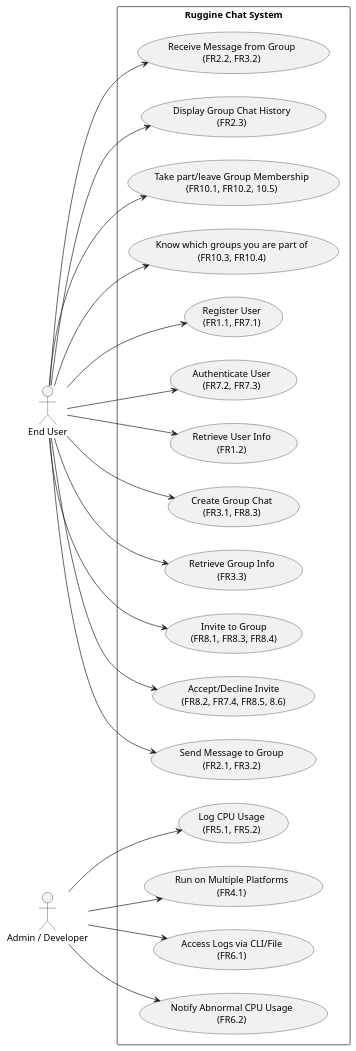
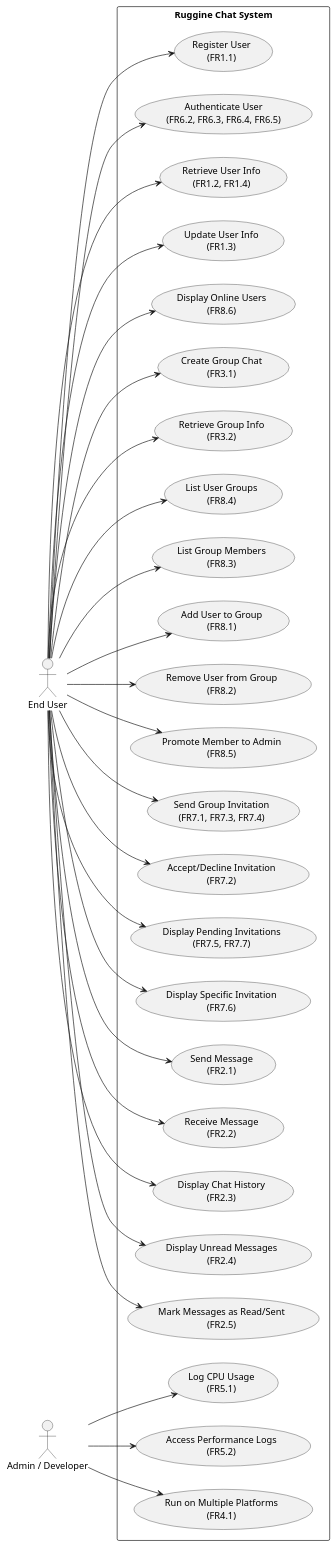
The second of 5 diagrams in doc/requirements.md (Enric0-Balb0/ruggine-chat), drawn with PlantUML before and after one commit. The commit also changed other lines of this file, not shown here.

Commit message:
Update requirements document: add business rules and constraints, enhance user and group management details, and refine performance logging specifications.

````diff
--- a/doc/requirements.md
+++ b/doc/requirements.md
@@ -164,55 +198,81 @@
 ```plantuml
 @startuml
 left to right direction
 
 actor "End User" as User
 actor "Admin / Developer" as AdminDev
 
 rectangle "Ruggine Chat System" {
   
-  usecase "Register User\n(FR1.1, FR7.1)" as UC_Register
-  usecase "Authenticate User\n(FR7.2, FR7.3)" as UC_Auth
-  usecase "Retrieve User Info\n(FR1.2)" as UC_RetrieveUser
+  ' User Management (FR1, FR6)
+  usecase "Register User\n(FR1.1)" as UC_Register
+  usecase "Authenticate User\n(FR6.2, FR6.3, FR6.4, FR6.5)" as UC_Auth
+  usecase "Retrieve User Info\n(FR1.2, FR1.4)" as UC_RetrieveUser
+  usecase "Update User Info\n(FR1.3)" as UC_UpdateUser
+  usecase "Display Online Users\n(FR8.6)" as UC_OnlineUsers
 
-  usecase "Create Group Chat\n(FR3.1, FR8.3)" as UC_CreateGroup
-  usecase "Retrieve Group Info\n(FR3.3)" as UC_RetrieveGroup
-  usecase "Invite to Group\n(FR8.1, FR8.3, FR8.4)" as UC_InviteGroup
-  usecase "Accept/Decline Invite\n(FR8.2, FR7.4, FR8.5, 8.6)" as UC_InviteResponse
-  
-  usecase "Send Message to Group\n(FR2.1, FR3.2)" as UC_SendMsg
-  usecase "Receive Message from Group\n(FR2.2, FR3.2)" as UC_ReceiveMsg
-  usecase "Display Group Chat History\n(FR2.3)" as UC_DisplayHistory
-  
-  usecase "Access Logs via CLI/File\n(FR6.1)" as UC_AccessLogs
-  usecase "Notify Abnormal CPU Usage\n(FR6.2)" as UC_NotifyCPU
-  
-  usecase "Log CPU Usage\n(FR5.1, FR5.2)" as UC_LogCPU
+  ' Group Management (FR3, FR8)
+  usecase "Create Group Chat\n(FR3.1)" as UC_CreateGroup
+  usecase "Retrieve Group Info\n(FR3.2)" as UC_RetrieveGroup
+  usecase "List User Groups\n(FR8.4)" as UC_ListUserGroups
+  usecase "List Group Members\n(FR8.3)" as UC_ListGroupMembers
+  usecase "Add User to Group\n(FR8.1)" as UC_AddToGroup
+  usecase "Remove User from Group\n(FR8.2)" as UC_RemoveFromGroup
+  usecase "Promote Member to Admin\n(FR8.5)" as UC_PromoteAdmin
+
+  ' Invitation Management (FR7)
+  usecase "Send Group Invitation\n(FR7.1, FR7.3, FR7.4)" as UC_SendInvite
+  usecase "Accept/Decline Invitation\n(FR7.2)" as UC_RespondInvite
+  usecase "Display Pending Invitations\n(FR7.5, FR7.7)" as UC_ViewPendingInvites
+  usecase "Display Specific Invitation\n(FR7.6)" as UC_ViewSpecificInvite
+
+  ' Messaging (FR2)
+  usecase "Send Message\n(FR2.1)" as UC_SendMsg
+  usecase "Receive Message\n(FR2.2)" as UC_ReceiveMsg
+  usecase "Display Chat History\n(FR2.3)" as UC_DisplayHistory
+  usecase "Display Unread Messages\n(FR2.4)" as UC_UnreadMessages
+  usecase "Mark Messages as Read/Sent\n(FR2.5)" as UC_MarkMessages
+
+  ' Performance Monitoring (FR5)
+  usecase "Log CPU Usage\n(FR5.1)" as UC_LogCPU
+  usecase "Access Performance Logs\n(FR5.2)" as UC_AccessLogs
+
+  ' Cross-platform Support (FR4)
   usecase "Run on Multiple Platforms\n(FR4.1)" as UC_CrossPlatform
-
-  usecase "Take part/leave Group Membership\n(FR10.1, FR10.2, 10.5)" as UC_ManageGroup
-
-  usecase "Know which groups you are part of\n(FR10.3, FR10.4)" as UC_PartOfGroup
 }
 
+' User connections
 User --> UC_Register
 User --> UC_Auth
 User --> UC_RetrieveUser
+User --> UC_UpdateUser
+User --> UC_OnlineUsers
+
 User --> UC_CreateGroup
-User --> UC_InviteGroup
-User --> UC_InviteResponse
+User --> UC_RetrieveGroup
+User --> UC_ListUserGroups
+User --> UC_ListGroupMembers
+User --> UC_AddToGroup
+User --> UC_RemoveFromGroup
+User --> UC_PromoteAdmin
+
+User --> UC_SendInvite
+User --> UC_RespondInvite
+User --> UC_ViewPendingInvites
+User --> UC_ViewSpecificInvite
+
 User --> UC_SendMsg
 User --> UC_ReceiveMsg
 User --> UC_DisplayHistory
-User --> UC_RetrieveGroup
-User --> UC_ManageGroup
-User --> UC_PartOfGroup
+User --> UC_UnreadMessages
+User --> UC_MarkMessages
 
+' Admin/Developer connections
+AdminDev --> UC_LogCPU
 AdminDev --> UC_AccessLogs
-AdminDev --> UC_NotifyCPU
-AdminDev --> UC_LogCPU
 AdminDev --> UC_CrossPlatform
 
 @enduml
 
 
 ```
````
